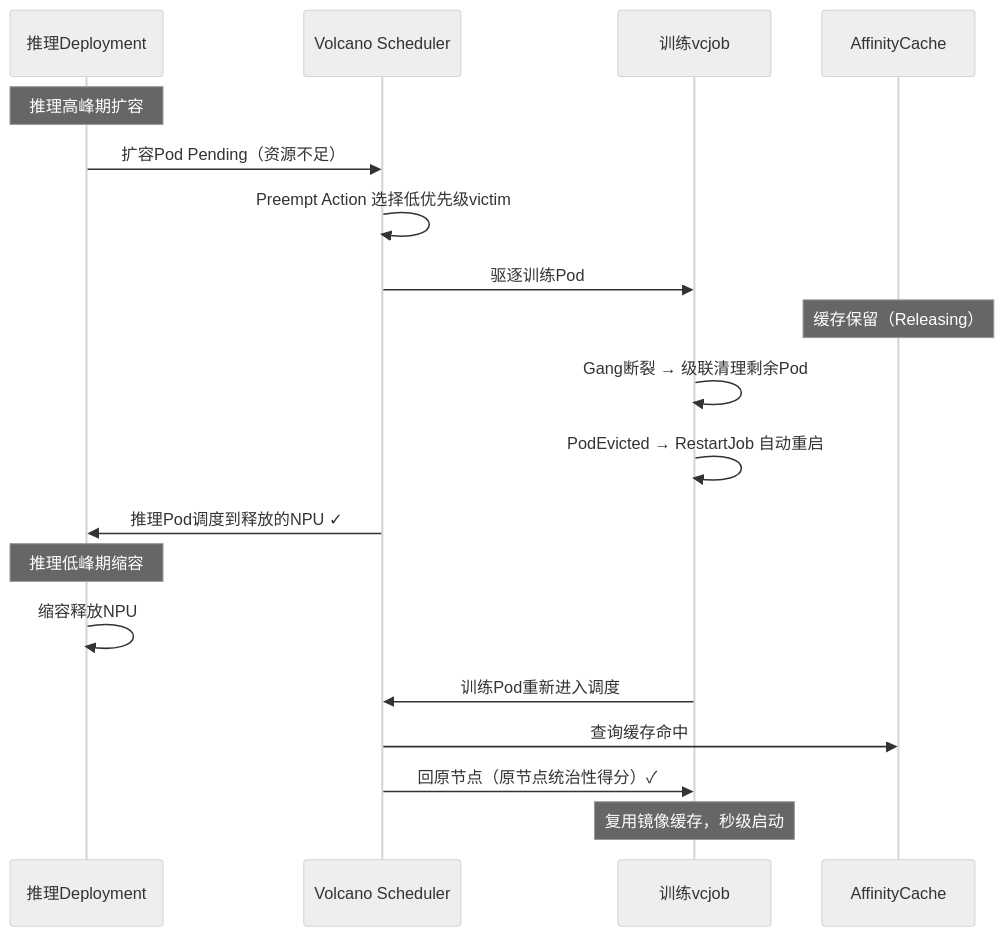
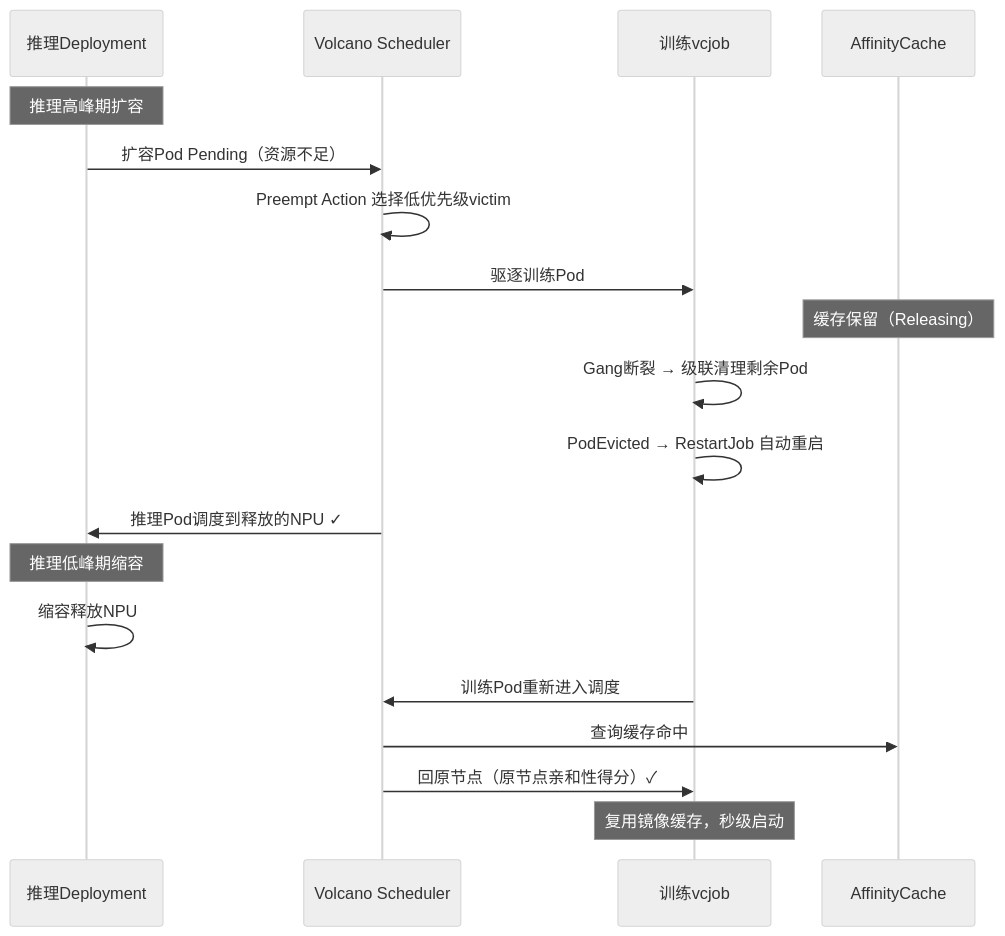
Before and after one commit to Ascend/mind-cluster: the diagram in docs/zh/scheduling/04_usage/10_task_alternation/01_preempt_based_alternation.md, drawn with Mermaid (neutral theme). The commit also changed 39 other files, not shown here.

````diff
--- a/docs/zh/scheduling/04_usage/10_task_alternation/01_preempt_based_alternation.md
+++ b/docs/zh/scheduling/04_usage/10_task_alternation/01_preempt_based_alternation.md
@@ -11,23 +11,23 @@
 ```mermaid
 sequenceDiagram
     participant Inf as 推理Deployment
     participant Sched as Volcano Scheduler
     participant Train as 训练vcjob
     participant Cache as AffinityCache
 
     Note over Inf: 推理高峰期扩容
     Inf->>Sched: 扩容Pod Pending（资源不足）
     Sched->>Sched: Preempt Action 选择低优先级victim
     Sched->>Train: 驱逐训练Pod
     Note over Cache: 缓存保留（Releasing）
     Train->>Train: Gang断裂 → 级联清理剩余Pod
     Train->>Train: PodEvicted → RestartJob 自动重启
     Sched->>Inf: 推理Pod调度到释放的NPU ✓
 
     Note over Inf: 推理低峰期缩容
     Inf->>Inf: 缩容释放NPU
     Train->>Sched: 训练Pod重新进入调度
     Sched->>Cache: 查询缓存命中
-    Sched->>Train: 回原节点（原节点统治性得分）✓
+    Sched->>Train: 回原节点（原节点亲和性得分）✓
     Note over Train: 复用镜像缓存，秒级启动
 ```
````
